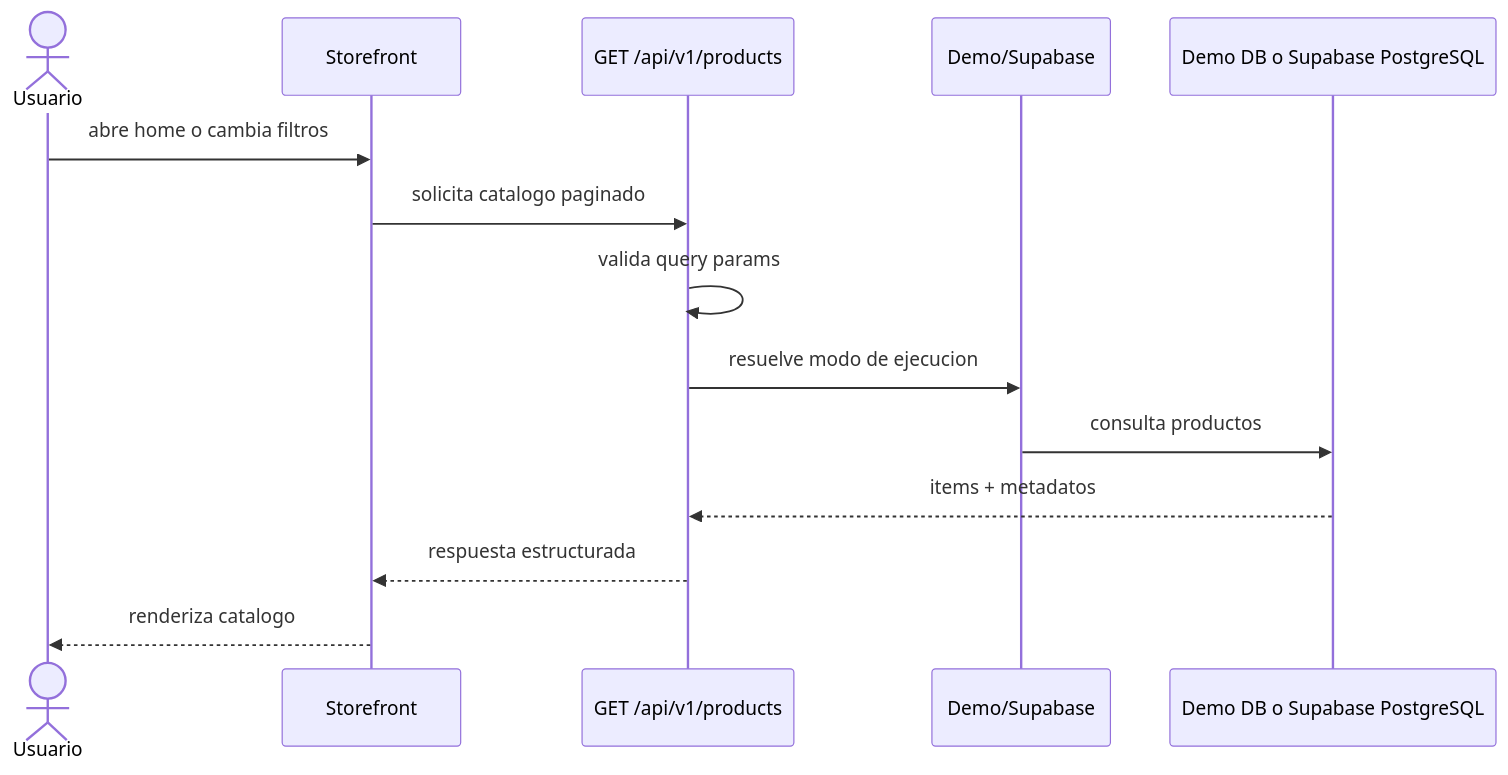
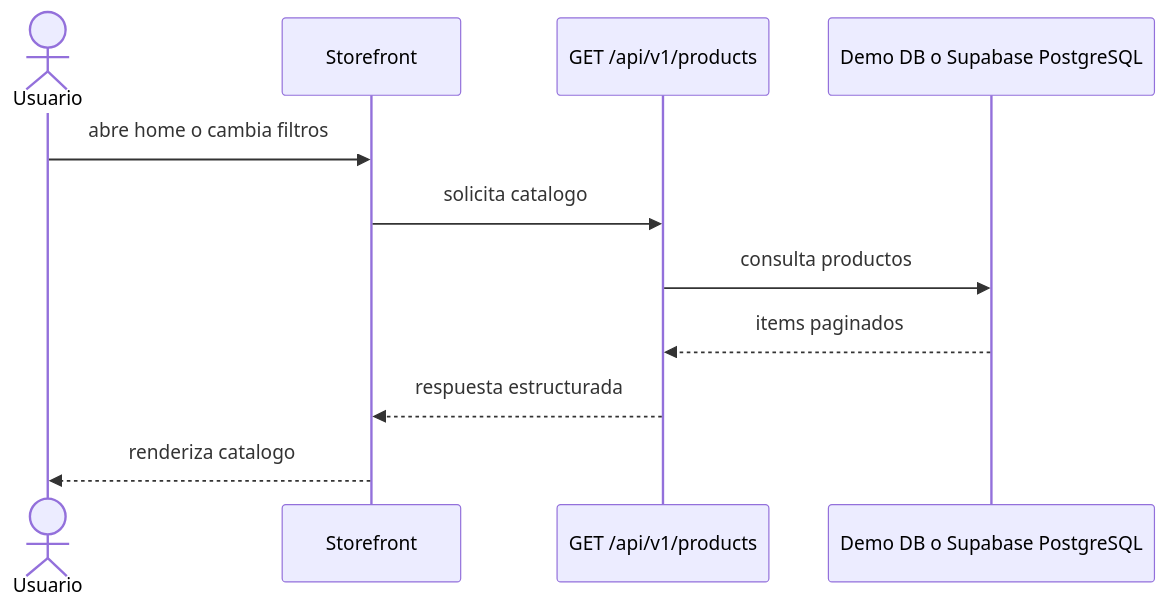
Before and after one commit to Camiloruiiz/ploottest: the third of 5 diagrams in README.md, drawn with Mermaid. The commit also changed other lines of this file and 5 other files, not shown here.

First line of the commit message:
feat: add README documentation for project setup and architecture

````diff
--- a/README.md
+++ b/README.md
@@ -532,17 +81,14 @@
 ```mermaid
 sequenceDiagram
     actor U as Usuario
     participant S as Storefront
     participant API as GET /api/v1/products
-    participant MODE as Demo/Supabase
     participant DATA as Demo DB o Supabase PostgreSQL
 
     U->>S: abre home o cambia filtros
-    S->>API: solicita catalogo paginado
-    API->>API: valida query params
-    API->>MODE: resuelve modo de ejecucion
-    MODE->>DATA: consulta productos
-    DATA-->>API: items + metadatos
+    S->>API: solicita catalogo
+    API->>DATA: consulta productos
+    DATA-->>API: items paginados
     API-->>S: respuesta estructurada
     S-->>U: renderiza catalogo
 ```
````
